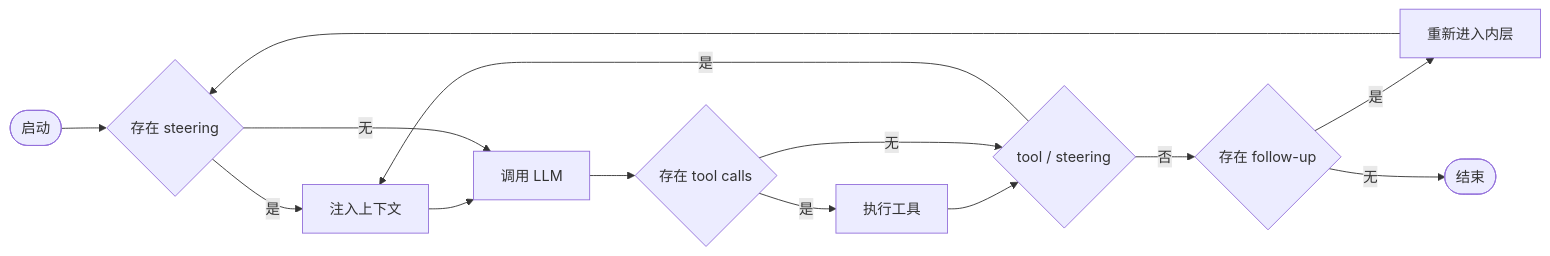
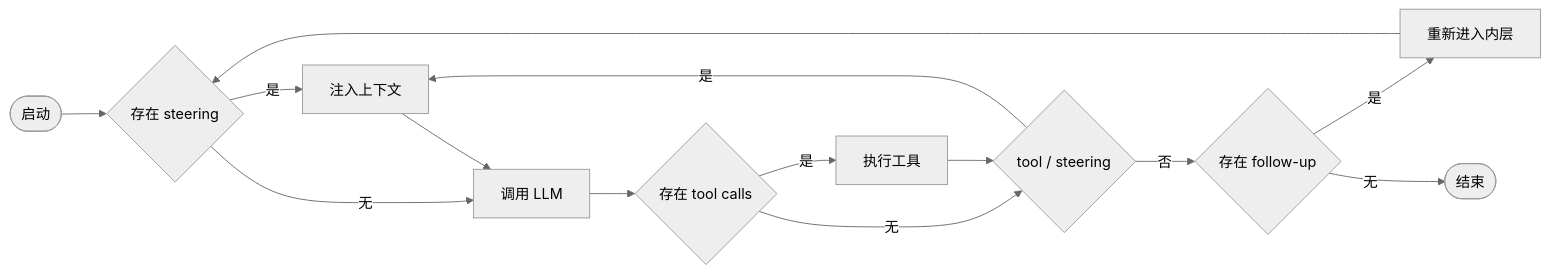
One commit to WindRunnerMax/EveryDay changed the second of 5 diagrams in Backup/基于PI实现轻量级文档检索Agent.md. Above: the diagram before and after it, drawn with Mermaid. The commit also changed other lines of this file, not shown here.

````diff
--- a/Backup/基于PI实现轻量级文档检索Agent.md
+++ b/Backup/基于PI实现轻量级文档检索Agent.md
@@ -54,18 +54,22 @@
 ```mermaid
+%%{init: {"theme": "neutral" } }%%
 flowchart LR
     Start([启动]) --> Steer{存在 steering}
-    Steer -->|是| Inject[注入上下文] --> LLM
+    Steer -->|是| Inject[注入上下文]
     Steer -->|无| LLM[调用 LLM]
+    Inject --> LLM
 
     LLM --> Tool{存在 tool calls}
-    Tool -->|是| Exec[执行工具] --> Inner
+    Tool -->|是| Exec[执行工具]
     Tool -->|无| Inner{ tool / steering }
+    Exec --> Inner
 
     %% 内层循环
     Inner -->|是| Inject
     Inner -->|否| FollowUp{存在 follow-up}
 
     %% 外层循环
-    FollowUp -->|是| Pending[重新进入内层] --> Steer
+    FollowUp -->|是| Pending[重新进入内层]
     FollowUp -->|无| End([结束])
+    Pending --> Steer
 ```
````
